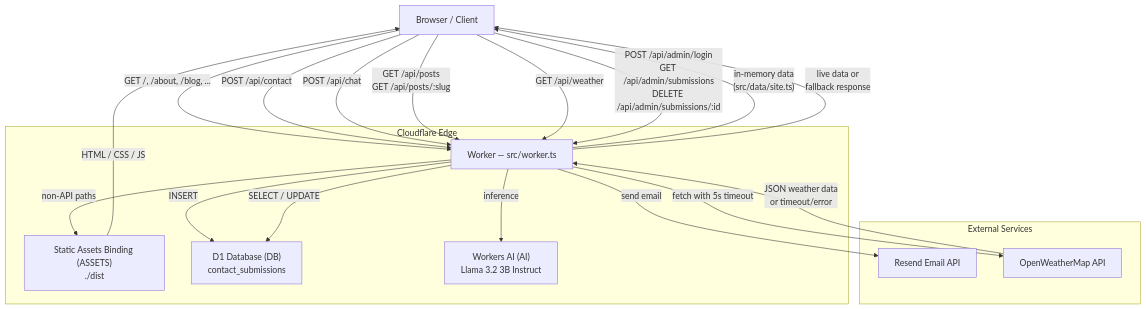
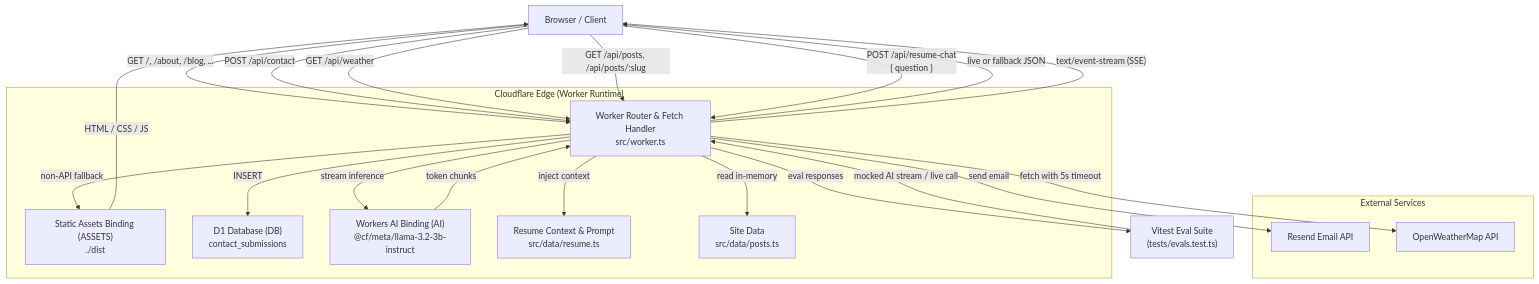
Before and after one commit to sricharanchowdary/sri-charan: the diagram in HLD.md, drawn with Mermaid. The commit also changed other lines of this file and 4 other files, not shown here.

Commit message:
docs: add HLD, sequence diagrams, architecture tour, evals catalog, and decisions for AI feature

````diff
--- a/HLD.md
+++ b/HLD.md
@@ -9,38 +11,43 @@
 ```mermaid
 graph TB
     Browser["Browser / Client"]
+    VitestHarness["Vitest Eval Suite\n(tests/evals.test.ts)"]
 
-    subgraph Cloudflare["Cloudflare Edge"]
-        Worker["Worker — src/worker.ts"]
+    subgraph Cloudflare["Cloudflare Edge (Worker Runtime)"]
+        Worker["Worker Router & Fetch Handler\nsrc/worker.ts"]
         Assets["Static Assets Binding (ASSETS)\n./dist"]
         D1["D1 Database (DB)\ncontact_submissions"]
-        AI["Workers AI (AI)\nLlama 3.2 3B Instruct"]
+        WorkersAI["Workers AI Binding (AI)\n@cf/meta/llama-3.2-3b-instruct"]
+        ResumeContext["Resume Context & Prompt\nsrc/data/resume.ts"]
+        SiteData["Site Data\nsrc/data/posts.ts"]
     end
 
     subgraph External["External Services"]
         Resend["Resend Email API"]
         OWM["OpenWeatherMap API"]
     end
 
     Browser -- "GET /, /about, /blog, ..." --> Worker
-    Worker -- "non-API paths" --> Assets
+    Worker -- "non-API fallback" --> Assets
     Assets -- "HTML / CSS / JS" --> Browser
 
     Browser -- "POST /api/contact" --> Worker
     Worker -- "INSERT" --> D1
     Worker -- "send email" --> Resend
 
-    Browser -- "POST /api/chat" --> Worker
-    Worker -- "inference" --> AI
-
-    Browser -- "GET /api/posts\nGET /api/posts/:slug" --> Worker
-    Worker -- "in-memory data\n(src/data/site.ts)" --> Browser
-
     Browser -- "GET /api/weather" --> Worker
     Worker -- "fetch with 5s timeout" --> OWM
-    OWM -- "JSON weather data\nor timeout/error" --> Worker
-    Worker -- "live data or\nfallback response" --> Browser
+    Worker -- "live or fallback JSON" --> Browser
 
-    Browser -- "POST /api/admin/login\nGET /api/admin/submissions\nDELETE /api/admin/submissions/:id" --> Worker
-    Worker -- "SELECT / UPDATE" --> D1
+    Browser -- "GET /api/posts, /api/posts/:slug" --> Worker
+    Worker -- "read in-memory" --> SiteData
+
+    Browser -- "POST /api/resume-chat\n{ question }" --> Worker
+    Worker -- "inject context" --> ResumeContext
+    Worker -- "stream inference" --> WorkersAI
+    WorkersAI -- "token chunks" --> Worker
+    Worker -- "text/event-stream (SSE)" --> Browser
+
+    VitestHarness -- "mocked AI stream / live call" --> Worker
+    Worker -- "eval responses" --> VitestHarness
 ```
````
